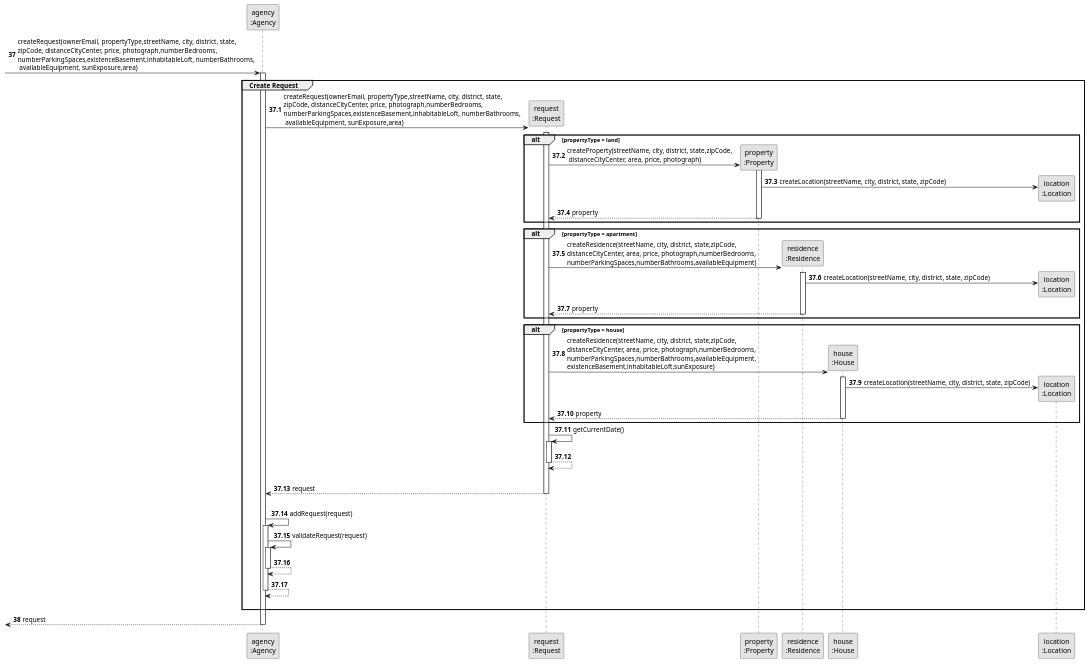
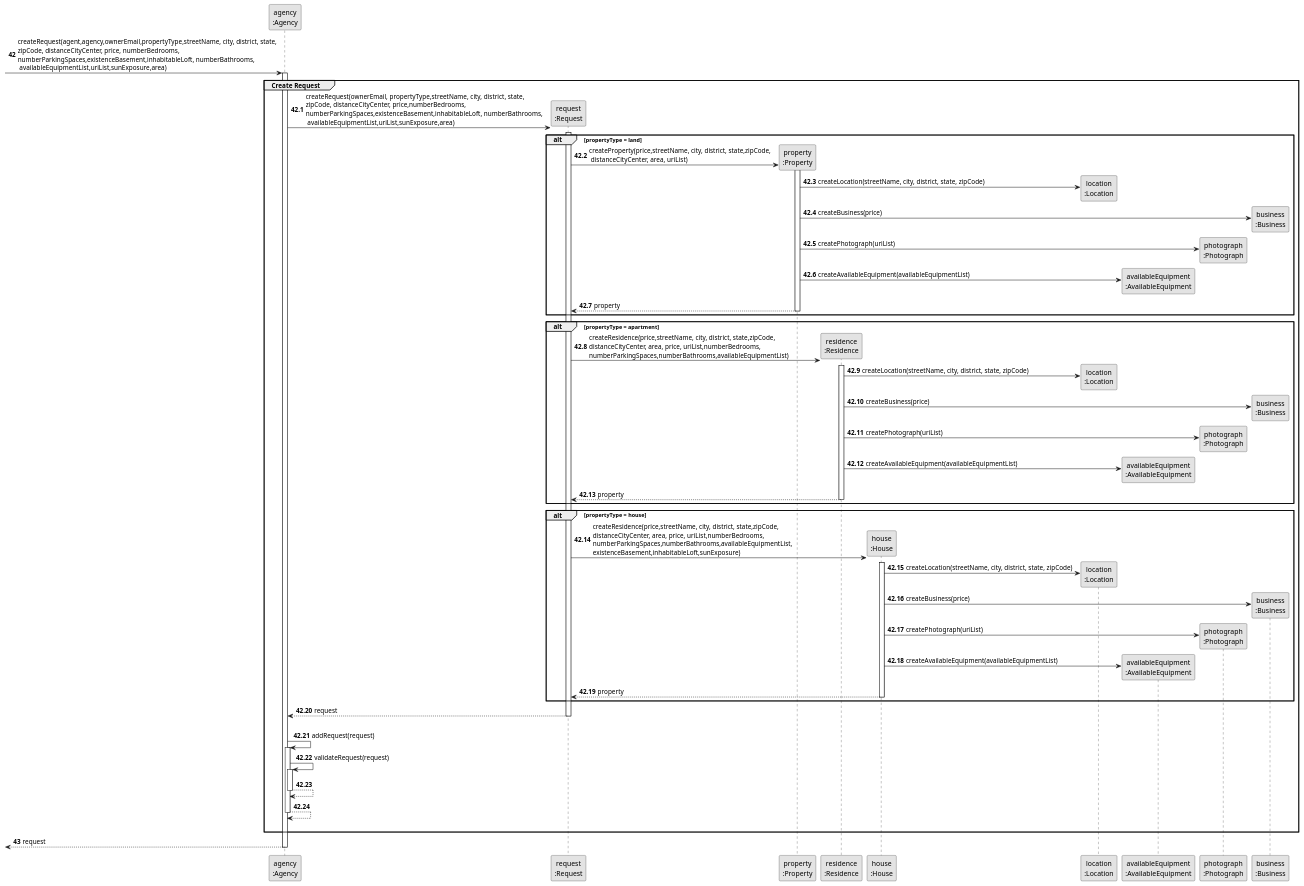
The diagram in docs/sprintB/us002/03.design/puml/us002-sequence-diagram-partial-create-request.puml (rita-barbosa/LAPR2-2223), drawn with PlantUML before and after one commit. The commit also changed 8 other files, not shown here.

Commit message:
Update of sequence diagrams [US002][Design]

```diff
--- a/docs/sprintB/us002/03.design/puml/us002-sequence-diagram-partial-create-request.puml
+++ b/docs/sprintB/us002/03.design/puml/us002-sequence-diagram-partial-create-request.puml
@@ -1,83 +1,88 @@
 @startuml
 skinparam monochrome true
 skinparam packageStyle rectangle
 skinparam shadowing false
 
 participant "agency\n:Agency" as AGENCY
 participant "request\n:Request" as REQUEST
 participant "property\n:Property" as PROPERTY
 participant "residence\n:Residence" as RESIDENCE
 participant "house\n:House" as HOUSE
 participant "location\n:Location" as LOCATION
+participant "availableEquipment\n:AvailableEquipment" as AEQUIP
+participant "photograph\n:Photograph" as PHOTO
+participant "business\n:Business" as BUSINESS
 
 
-autonumber 37
+autonumber 42
 
-        -> AGENCY: createRequest(ownerEmail, propertyType,streetName, city, district, state,\nzipCode, distanceCityCenter, price, photograph,numberBedrooms,\nnumberParkingSpaces,existenceBasement,inhabitableLoft, numberBathrooms,\n availableEquipment, sunExposure,area)
+        -> AGENCY: createRequest(agent,agency,ownerEmail,propertyType,streetName, city, district, state,\nzipCode, distanceCityCenter, price, numberBedrooms,\nnumberParkingSpaces,existenceBasement,inhabitableLoft, numberBathrooms,\n availableEquipmentList,uriList,sunExposure,area)
          activate AGENCY
 
-autonumber 37.1
+autonumber 42.1
 
     group Create Request
 
-        AGENCY -> REQUEST **: createRequest(ownerEmail, propertyType,streetName, city, district, state,\nzipCode, distanceCityCenter, price, photograph,numberBedrooms,\nnumberParkingSpaces,existenceBasement,inhabitableLoft, numberBathrooms,\n availableEquipment, sunExposure,area)
+        AGENCY -> REQUEST **: createRequest(ownerEmail, propertyType,streetName, city, district, state,\nzipCode, distanceCityCenter, price,numberBedrooms,\nnumberParkingSpaces,existenceBasement,inhabitableLoft, numberBathrooms,\n availableEquipmentList,uriList,sunExposure,area)
         activate REQUEST
+
+
         alt propertyType = land
-                REQUEST -> PROPERTY** : createProperty(streetName, city, district, state,zipCode,\n distanceCityCenter, area, price, photograph)
+                REQUEST -> PROPERTY** : createProperty(price,streetName, city, district, state,zipCode,\n distanceCityCenter, area, uriList)
                 activate PROPERTY
 
                 PROPERTY -> LOCATION** : createLocation(streetName, city, district, state, zipCode)
-
+                PROPERTY -> BUSINESS** : createBusiness(price)
+                PROPERTY -> PHOTO** : createPhotograph(uriList)
+                PROPERTY -> AEQUIP** : createAvailableEquipment(availableEquipmentList)
                 PROPERTY --> REQUEST : property
                 deactivate PROPERTY
 
         end
         alt propertyType = apartment
-                REQUEST -> RESIDENCE** : createResidence(streetName, city, district, state,zipCode,\ndistanceCityCenter, area, price, photograph,numberBedrooms,\nnumberParkingSpaces,numberBathrooms,availableEquipment)
+
+                REQUEST -> RESIDENCE** : createResidence(price,streetName, city, district, state,zipCode,\ndistanceCityCenter, area, price, uriList,numberBedrooms,\nnumberParkingSpaces,numberBathrooms,availableEquipmentList)
                 activate RESIDENCE
 
                 RESIDENCE -> LOCATION** : createLocation(streetName, city, district, state, zipCode)
-
+                RESIDENCE -> BUSINESS** : createBusiness(price)
+                RESIDENCE -> PHOTO** : createPhotograph(uriList)
+                RESIDENCE -> AEQUIP** : createAvailableEquipment(availableEquipmentList)
                 RESIDENCE --> REQUEST : property
-                deactivate RESIDENCE
+                deactivate RESIDENCE\
 
         end
         alt propertyType = house
-                REQUEST -> HOUSE** : createResidence(streetName, city, district, state,zipCode,\ndistanceCityCenter, area, price, photograph,numberBedrooms,\nnumberParkingSpaces,numberBathrooms,availableEquipment,\nexistenceBasement,inhabitableLoft,sunExposure)
-
+                REQUEST -> HOUSE** : createResidence(price,streetName, city, district, state,zipCode,\ndistanceCityCenter, area, price, uriList,numberBedrooms,\nnumberParkingSpaces,numberBathrooms,availableEquipmentList,\nexistenceBasement,inhabitableLoft,sunExposure)
                 activate HOUSE
 
-               HOUSE -> LOCATION** : createLocation(streetName, city, district, state, zipCode)
-
+                HOUSE -> LOCATION** : createLocation(streetName, city, district, state, zipCode)
+                HOUSE -> BUSINESS** : createBusiness(price)
+                HOUSE -> PHOTO** : createPhotograph(uriList)
+                HOUSE -> AEQUIP** : createAvailableEquipment(availableEquipmentList)
                 HOUSE --> REQUEST : property
                 deactivate HOUSE
         end
-            REQUEST -> REQUEST : getCurrentDate()
-            activate REQUEST
-
-            REQUEST --> REQUEST :
-            deactivate REQUEST
-            |||
 
             REQUEST --> AGENCY: request
             deactivate REQUEST
             |||
             AGENCY -> AGENCY: addRequest(request)
                 activate AGENCY
                     AGENCY -> AGENCY: validateRequest(request)
                     activate AGENCY
                         AGENCY --> AGENCY
                     deactivate AGENCY
 
                     AGENCY --> AGENCY
 
             deactivate  AGENCY
     |||
     end
 
-autonumber 38
+autonumber 43
         <-- AGENCY: request
         deactivate AGENCY
 
 
 @enduml
```
